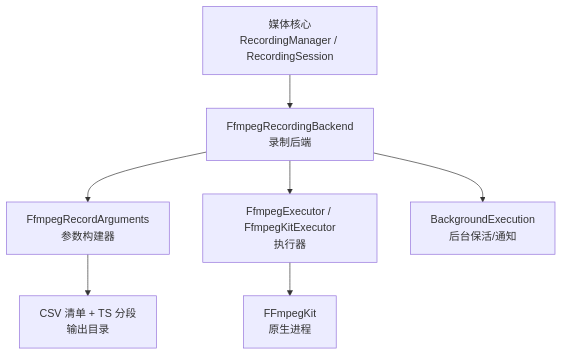
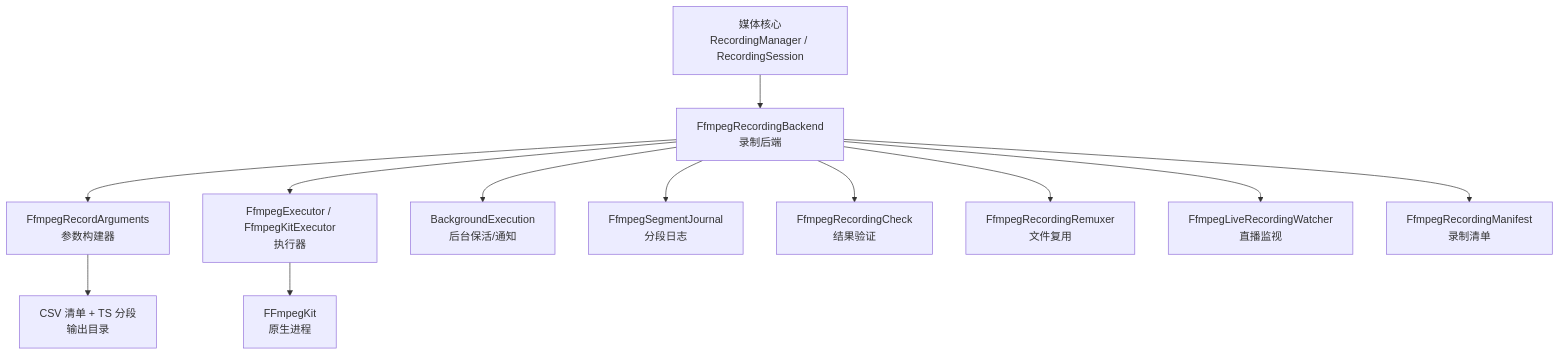
Before and after one commit to SSSherlocked/media_core: the first of 9 diagrams in .qoder/repowiki/zh/content/高级功能/FFmpeg 录播.md, drawn with Mermaid. The commit also changed other lines of this file and 6 other files, not shown here.

````diff
--- a/.qoder/repowiki/zh/content/高级功能/FFmpeg 录播.md
+++ b/.qoder/repowiki/zh/content/高级功能/FFmpeg 录播.md
@@ -38,9 +62,14 @@
 ```mermaid
 graph TB
 A["媒体核心<br/>RecordingManager / RecordingSession"] --> B["FfmpegRecordingBackend<br/>录制后端"]
 B --> C["FfmpegRecordArguments<br/>参数构建器"]
 B --> D["FfmpegExecutor / FfmpegKitExecutor<br/>执行器"]
 D --> E["FFmpegKit<br/>原生进程"]
 B --> F["BackgroundExecution<br/>后台保活/通知"]
 C --> G["CSV 清单 + TS 分段<br/>输出目录"]
+B --> H["FfmpegSegmentJournal<br/>分段日志"]
+B --> I["FfmpegRecordingCheck<br/>结果验证"]
+B --> J["FfmpegRecordingRemuxer<br/>文件复用"]
+B --> K["FfmpegLiveRecordingWatcher<br/>直播监视"]
+B --> L["FfmpegRecordingManifest<br/>录制清单"]
 ```
````
